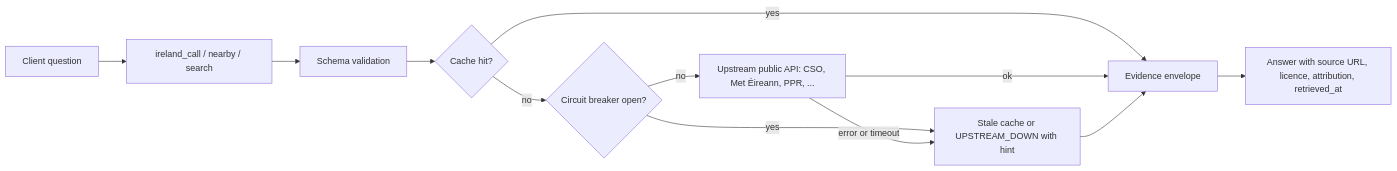
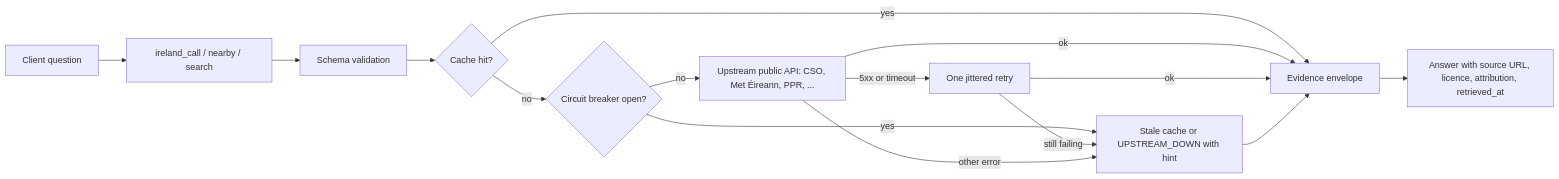
The diagram in README.md (c-mongan/ireland-mcp), drawn with Mermaid before and after one commit. The commit also changed other lines of this file and 3 other files, not shown here.

First line of the commit message:
Retry only transient upstream failures, with jittered backoff

````diff
--- a/README.md
+++ b/README.md
@@ -37,14 +37,17 @@
 ```mermaid
 flowchart LR
   Q[Client question] --> T[ireland_call / nearby / search]
   T --> V[Schema validation]
   V --> C{Cache hit?}
   C -- yes --> E[Evidence envelope]
   C -- no --> B{Circuit breaker open?}
   B -- yes --> S[Stale cache or UPSTREAM_DOWN with hint]
   B -- no --> U[Upstream public API: CSO, Met Éireann, PPR, ...]
   U -- ok --> E
-  U -- error or timeout --> S
+  U -- 5xx or timeout --> R[One jittered retry]
+  R -- ok --> E
+  R -- still failing --> S
+  U -- other error --> S
   S --> E
   E --> A[Answer with source URL, licence, attribution, retrieved_at]
 ```
````
